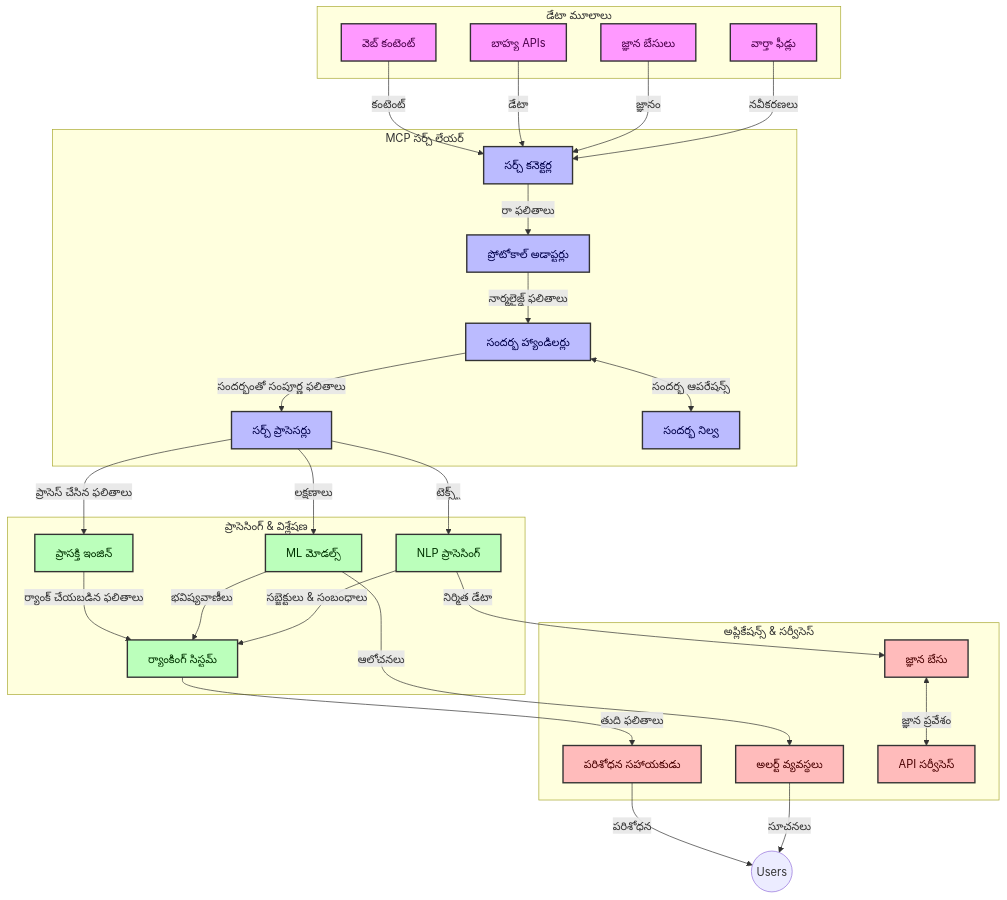
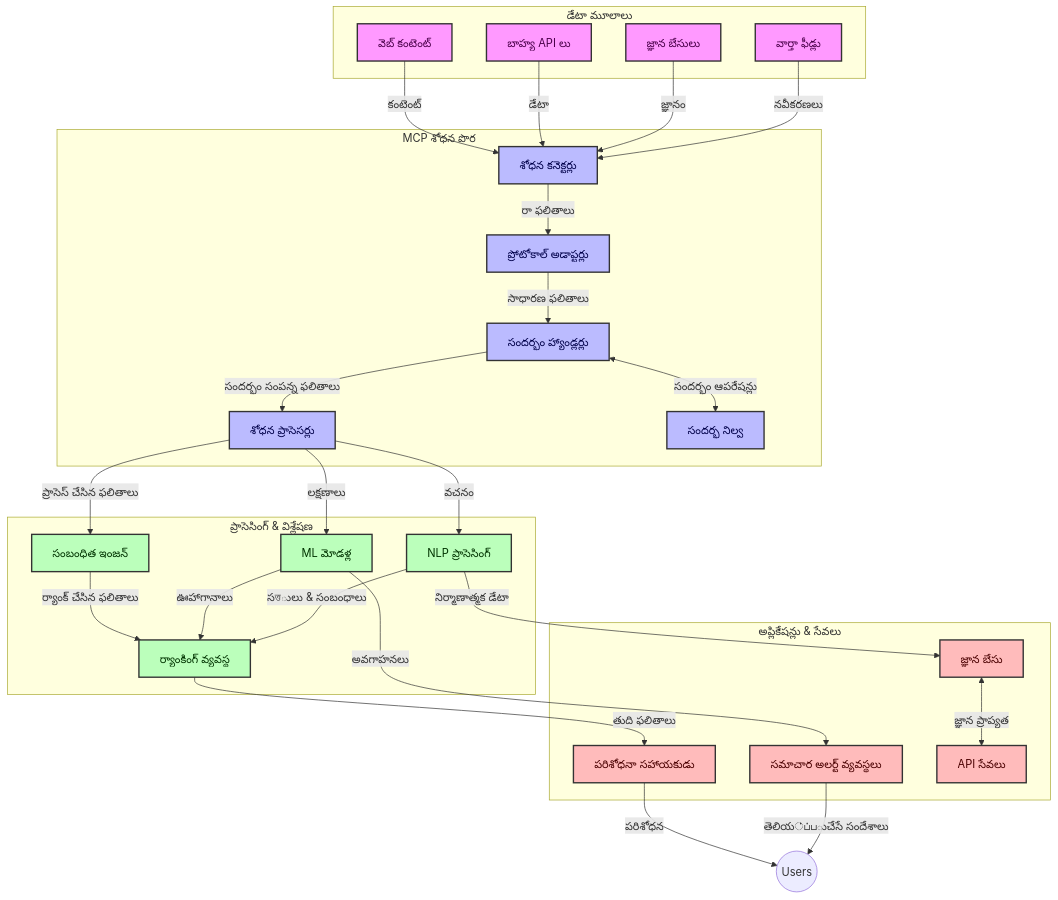
The first of 4 diagrams in translations/te/05-AdvancedTopics/mcp-realtimesearch/README.md (microsoft/mcp-for-beginners), drawn with Mermaid before and after one commit. The commit also changed other lines of this file and 112 other files, not shown here.

````diff
--- a/translations/te/05-AdvancedTopics/mcp-realtimesearch/README.md
+++ b/translations/te/05-AdvancedTopics/mcp-realtimesearch/README.md
@@ -109,66 +109,66 @@
 ```mermaid
 graph TD
     subgraph "డేటా మూలాలు"
         Web[వెబ్ కంటెంట్]
-        APIs[బాహ్య APIs]
+        APIs[బాహ్య API లు]
         DB[జ్ఞాన బేసులు]
         News[వార్తా ఫీడ్లు]
     end
 
-    subgraph "MCP సర్చ్ లేయర్"
-        SC[సర్చ్ కనెక్టర్ల]
+    subgraph "MCP శోధన పొర"
+        SC[శోధన కనెక్టర్లు]
         PA[ప్రోటోకాల్ అడాప్టర్లు]
-        CH[సందర్భ హ్యాండిలర్లు]
-        SP[సర్చ్ ప్రాసెసర్లు]
+        CH[సందర్భం హ్యాండ్లర్లు]
+        SP[శోధన ప్రాసెసర్లు]
         CS[సందర్భ నిల్వ]
     end
 
     subgraph "ప్రాసెసింగ్ & విశ్లేషణ"
-        RE[ప్రాసక్తి ఇంజిన్]
-        ML[ML మోడల్స్]
+        RE[సంబంధిత ఇంజన్]
+        ML[ML మోడళ్ల]
         NLP[NLP ప్రాసెసింగ్]
-        Rank[ర్యాంకింగ్ సిస్టమ్]
+        Rank[ర్యాంకింగ్ వ్యవస్థ]
     end
 
-    subgraph "అప్లికేషన్స్ & సర్వీసెస్"
-        RA[పరిశోధన సహాయకుడు]
-        Alerts[అలర్ట్ వ్యవస్థలు]
+    subgraph "అప్లికేషన్లు & సేవలు"
+        RA[పరిశోధనా సహాయకుడు]
+        Alerts[సమాచార అలర్ట్ వ్యవస్థలు]
         KB[జ్ఞాన బేసు]
-        API[API సర్వీసెస్]
+        API[API సేవలు]
     end
 
     Web -->|కంటెంట్| SC
     APIs -->|డేటా| SC
     DB -->|జ్ఞానం| SC
     News -->|నవీకరణలు| SC
     
     SC -->|రా ఫలితాలు| PA
-    PA -->|నార్మలైజ్డ్ ఫలితాలు| CH
-    CH <-->|సందర్భ ఆపరేషన్స్| CS
-    CH -->|సందర్భంతో సంపూర్ణ ఫలితాలు| SP
+    PA -->|సాధారణ ఫలితాలు| CH
+    CH <-->|సందర్భం ఆపరేషన్లు| CS
+    CH -->|సందర్భం సంపన్న ఫలితాలు| SP
     SP -->|ప్రాసెస్ చేసిన ఫలితాలు| RE
     SP -->|లక్షణాలు| ML
-    SP -->|టెక్స్ట్| NLP
+    SP -->|వచనం| NLP
     
-    RE -->|ర్యాంక్ చేయబడిన ఫలితాలు| Rank
-    ML -->|భవిష్యవాణీలు| Rank
-    NLP -->|సబ్జెక్టులు & సంబంధాలు| Rank
+    RE -->|ర్యాంక్ చేసిన ఫలితాలు| Rank
+    ML -->|ఊహాగానాలు| Rank
+    NLP -->|సত্তులు & సంబంధాలు| Rank
     
     Rank -->|తుది ఫలితాలు| RA
-    ML -->|ఆలోచనలు| Alerts
-    NLP -->|నిర్మిత డేటా| KB
+    ML -->|అవగాహనలు| Alerts
+    NLP -->|నిర్మాణాత్మక డేటా| KB
     
     RA -->|పరిశోధన| Users((Users))
-    Alerts -->|సూచనలు| Users
-    KB <-->|జ్ఞాన ప్రవేశం| API
+    Alerts -->|తెలియ்ப்பుచేసే సందేశాలు| Users
+    KB <-->|జ్ఞాన ప్రాప్యత| API
 
     classDef sources fill:#f9f,stroke:#333,stroke-width:2px,color:#4a004a
     classDef mcp fill:#bbf,stroke:#333,stroke-width:2px,color:#00004a
     classDef processing fill:#bfb,stroke:#333,stroke-width:2px,color:#003300
     classDef apps fill:#fbb,stroke:#333,stroke-width:2px,color:#4a0000
     
     class Web,APIs,DB,News sources
     class SC,PA,CH,SP,CS mcp
     class RE,ML,NLP,Rank processing
     class RA,Alerts,KB,API apps
 ```
````
